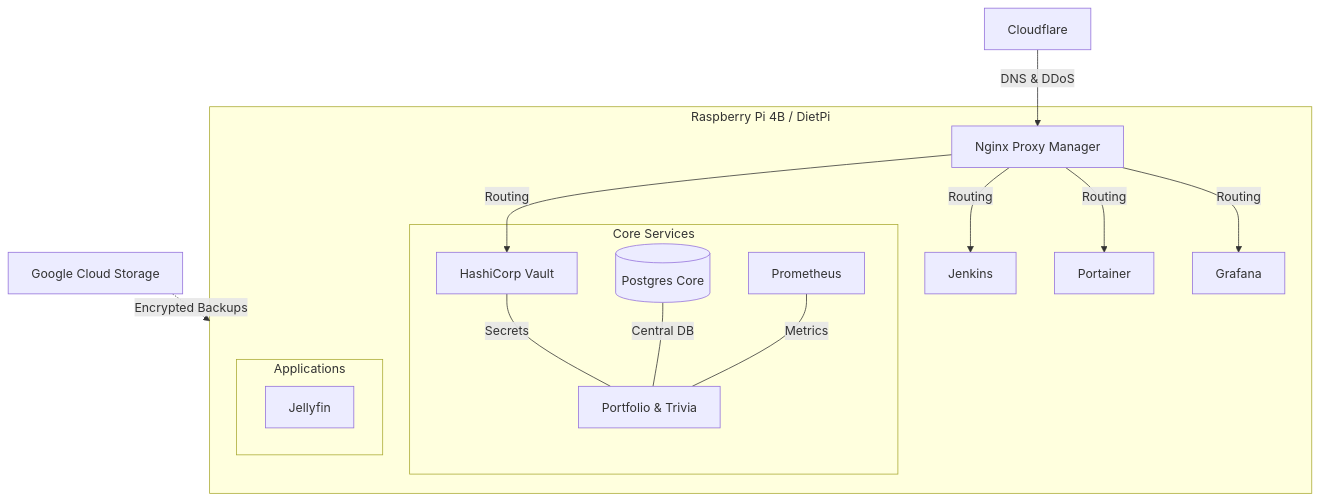
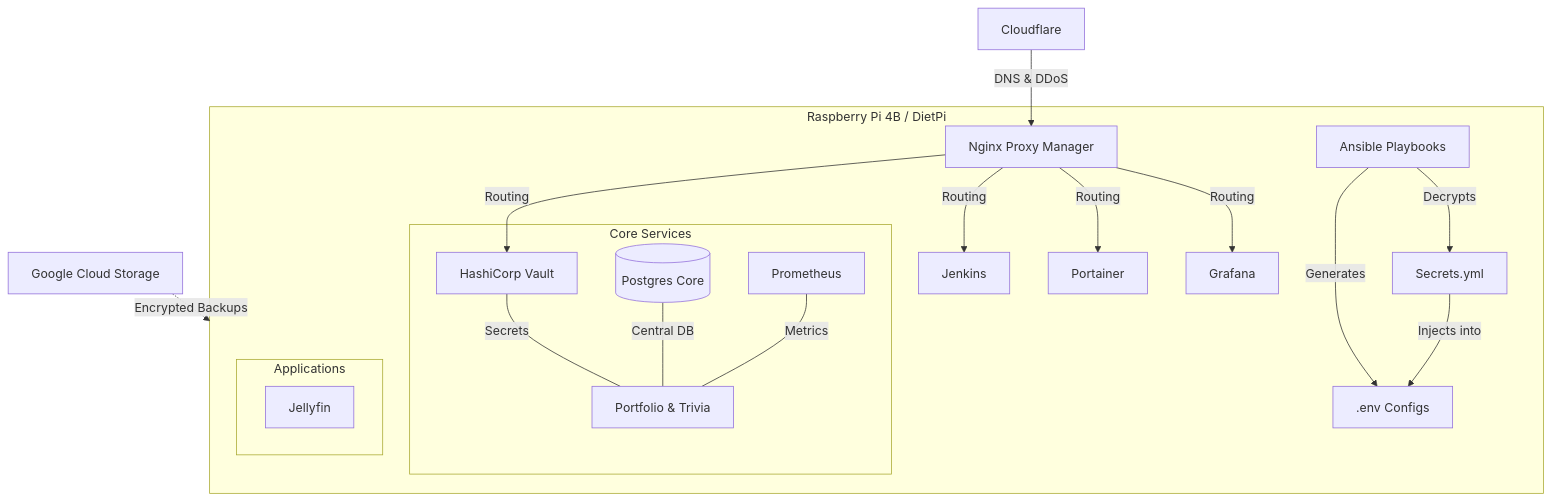
One commit to rajivghandi767/homelab-iac changed the diagram in README.md. Above: the diagram before and after it, drawn with Mermaid. The commit also changed other lines of this file and 1 other file, not shown here.

````diff
--- a/README.md
+++ b/README.md
@@ -421,23 +17,27 @@
 ```mermaid
 graph TD
     subgraph Host [Raspberry Pi 4B / DietPi]
+        Ansible[Ansible Playbooks] -->|Generates| Env[.env Configs]
+        Ansible -->|Decrypts| Secrets[Secrets.yml]
+        Secrets -->|Injects into| Env
+
         NPM[Nginx Proxy Manager] -->|Routing| V[Vault]
         NPM -->|Routing| J[Jenkins]
         NPM -->|Routing| P[Portainer]
         NPM -->|Routing| G[Grafana]
 
         subgraph "Core Services"
             V[HashiCorp Vault] ---|Secrets| Apps
             DB[(Postgres Core)] ---|Central DB| Apps
             Prom[Prometheus] ---|Metrics| Apps
         end
 
         subgraph "Applications"
             Apps[Portfolio & Trivia]
             Media[Jellyfin]
         end
     end
 
     Cloud[Google Cloud Storage] -.->|Encrypted Backups| Host
     CF[Cloudflare] -->|DNS & DDoS| NPM
 ```
````
